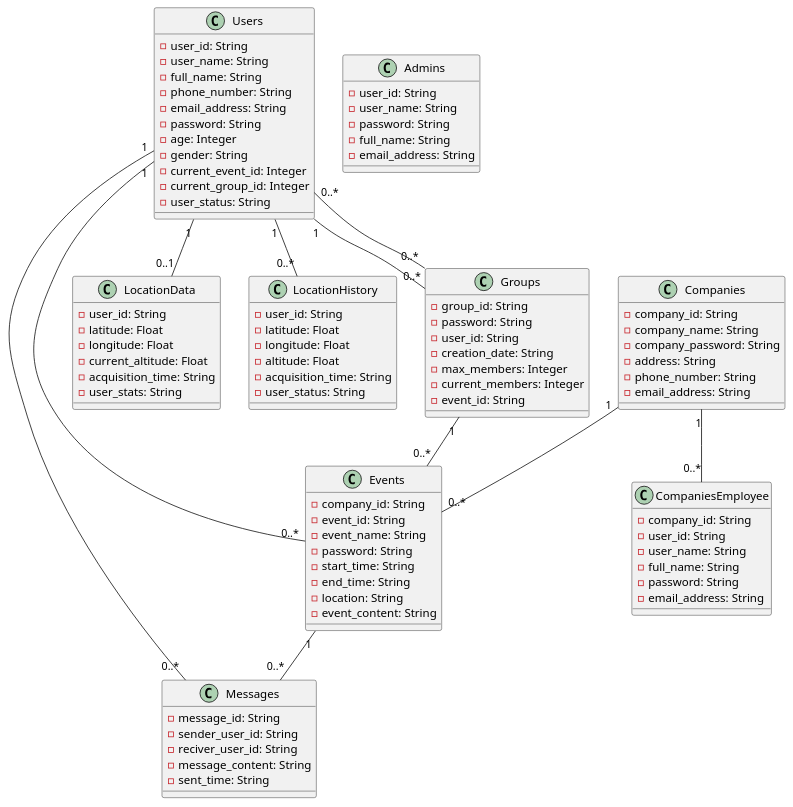
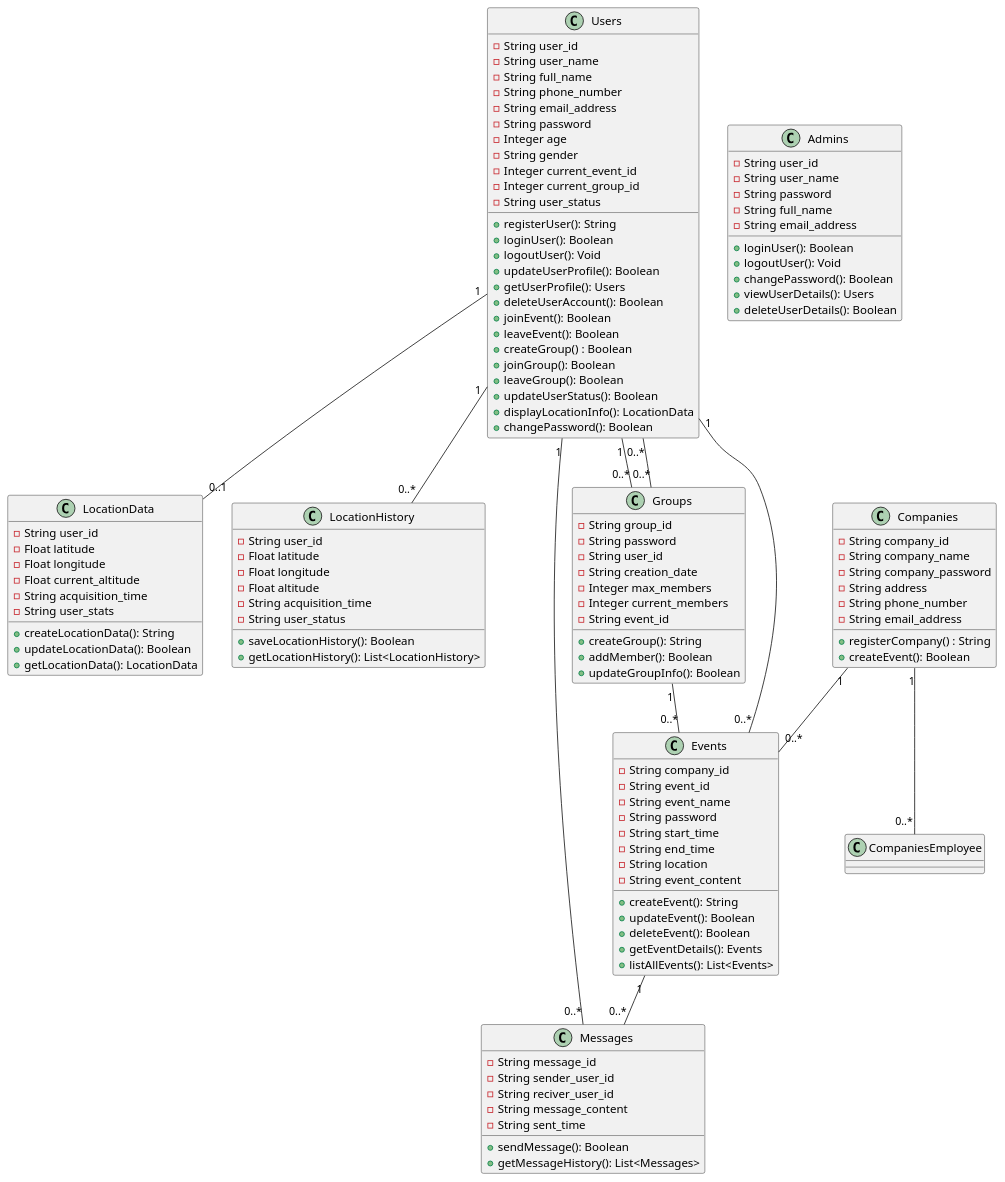
Before and after one commit to ksw2270227/GroupF: the diagram in F_class.plantuml, drawn with PlantUML.

Commit message:
染 メソッド追加

```diff
--- a/F_class.plantuml
+++ b/F_class.plantuml
@@ -1,104 +1,139 @@
 @startuml
 
 class Users {
-    - user_id: String
-    - user_name: String
-    - full_name: String
-    - phone_number: String
-    - email_address: String
-    - password: String
-    - age: Integer
-    - gender: String
-    - current_event_id: Integer
-    - current_group_id: Integer
-    - user_status: String
+    - String user_id
+    - String user_name
+    - String full_name
+    - String phone_number
+    - String email_address
+    - String password
+    - Integer age
+    - String gender
+    - Integer current_event_id
+    - Integer current_group_id
+    - String user_status
+
+    + registerUser(): String
+    + loginUser(): Boolean
+    + logoutUser(): Void
+    + updateUserProfile(): Boolean
+    + getUserProfile(): Users
+    + deleteUserAccount(): Boolean
+    + joinEvent(): Boolean
+    + leaveEvent(): Boolean
+    + createGroup() : Boolean
+    + joinGroup(): Boolean
+    + leaveGroup(): Boolean
+    + updateUserStatus(): Boolean
+    + displayLocationInfo(): LocationData
+    + changePassword(): Boolean
 }
 
 class Admins {
-    - user_id: String
-    - user_name: String
-    - password: String
-    - full_name: String
-    - email_address: String
+    - String user_id
+    - String user_name
+    - String password
+    - String full_name
+    - String email_address
+
+    + loginUser(): Boolean
+    + logoutUser(): Void
+    + changePassword(): Boolean
+    + viewUserDetails(): Users
+    + deleteUserDetails(): Boolean
 }
 
 class Companies {
-    - company_id: String
-    - company_name: String
-    - company_password: String
-    - address: String
-    - phone_number: String
-    - email_address: String
+    - String company_id
+    - String company_name
+    - String company_password
+    - String address
+    - String phone_number
+    - String email_address
+
+    + registerCompany() : String
+    + createEvent(): Boolean
 }
 
-class CompaniesEmployee {
-    - company_id: String
-    - user_id: String
-    - user_name: String
-    - full_name: String
-    - password: String
-    - email_address: String
+class Events {
+    - String company_id
+    - String event_id
+    - String event_name
+    - String password
+    - String start_time
+    - String end_time
+    - String location
+    - String event_content
+
+    + createEvent(): String
+    + updateEvent(): Boolean
+    + deleteEvent(): Boolean
+    + getEventDetails(): Events
+    + listAllEvents(): List<Events>
+}
+
+class LocationData {
+    - String user_id
+    - Float latitude
+    - Float longitude
+    - Float current_altitude
+    - String acquisition_time
+    - String user_stats
+
+    + createLocationData(): String
+    + updateLocationData(): Boolean
+    + getLocationData(): LocationData
+}
+
+class LocationHistory {
+    - String user_id
+    - Float latitude
+    - Float longitude
+    - Float altitude
+    - String acquisition_time
+    - String user_status
+
+    + saveLocationHistory(): Boolean
+    + getLocationHistory(): List<LocationHistory>
+}
+
+class Messages {
+    - String message_id
+    - String sender_user_id
+    - String reciver_user_id
+    - String message_content
+    - String sent_time
+
+    + sendMessage(): Boolean
+    + getMessageHistory(): List<Messages>
 }
 
 class Groups {
-    - group_id: String
-    - password: String
-    - user_id: String
-    - creation_date: String
-    - max_members: Integer
-    - current_members: Integer
-    - event_id: String
-}
+    - String group_id
+    - String password
+    - String user_id
+    - String creation_date
+    - Integer max_members
+    - Integer current_members
+    - String event_id
 
-class Events {
-    - company_id: String
-    - event_id: String
-    - event_name: String
-    - password: String
-    - start_time: String
-    - end_time: String
-    - location: String
-    - event_content: String
-}
-
-class Messages {
-    - message_id: String
-    - sender_user_id: String
-    - reciver_user_id: String
-    - message_content: String
-    - sent_time: String
-}
-
-class LocationData {
-    - user_id: String
-    - latitude: Float
-    - longitude: Float
-    - current_altitude: Float
-    - acquisition_time: String
-    - user_stats: String
-}
-
-class LocationHistory {
-    - user_id: String
-    - latitude: Float
-    - longitude: Float
-    - altitude: Float
-    - acquisition_time: String
-    - user_status: String
+    + createGroup(): String
+    + addMember(): Boolean
+    + updateGroupInfo(): Boolean
 }
 
 ' 関連（has-a 関係）
 Users "1" -- "0..*" Groups
 Users "1" -- "0..*" Events
 Users "1" -- "0..*" Messages
 Users "1" -- "0..1" LocationData
 Users "1" -- "0..*" LocationHistory
 
 Groups "0..*" -- "0..*" Users
 Groups "1" -- "0..*" Events
 
 Companies "1" -- "0..*" Events
 Companies "1" -- "0..*" CompaniesEmployee
 
 Events "1" -- "0..*" Messages
 @enduml
```
